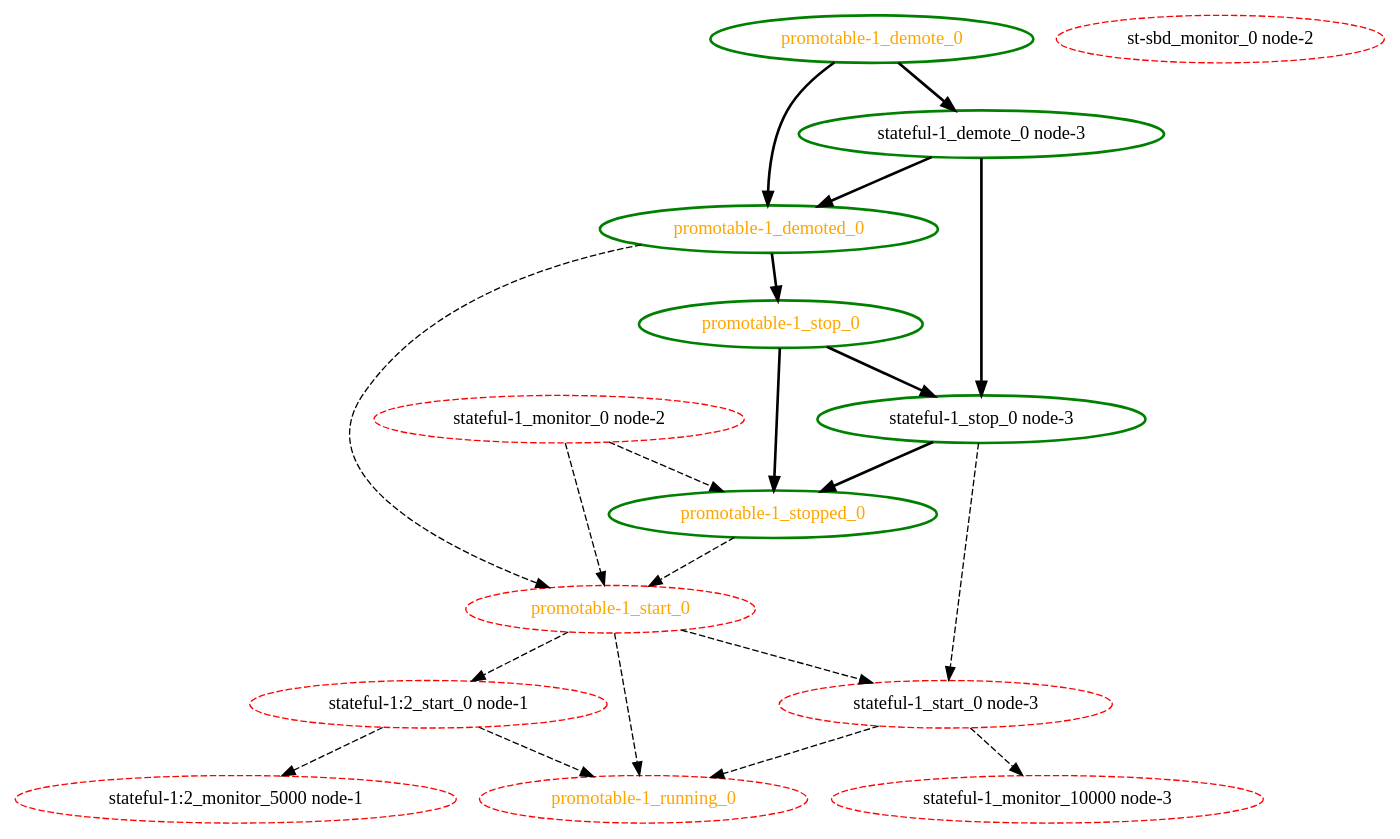
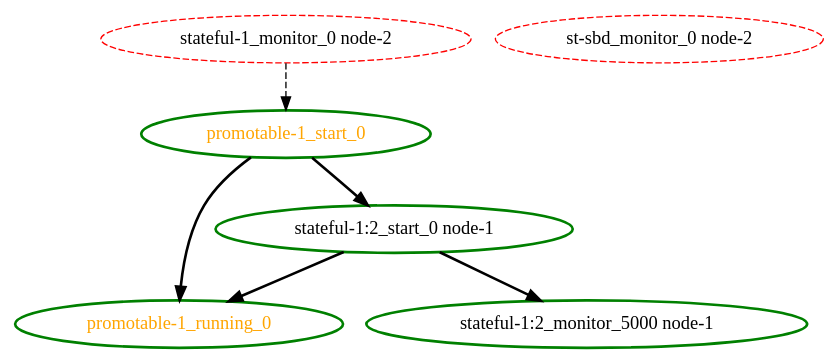
Before and after one commit to ClusterLabs/pacemaker: the diagram in cts/scheduler/dot/leftover-pending-monitor.dot, drawn with Graphviz. The commit also changed 2 other files, not shown here.

Commit message:
Test: cts-scheduler: update test for preventing a leftover pending monitor from causing unexpected stop of other instances

```diff
--- a/cts/scheduler/dot/leftover-pending-monitor.dot
+++ b/cts/scheduler/dot/leftover-pending-monitor.dot
@@ -1,36 +1,13 @@
  digraph "g" {
-"promotable-1_demote_0" -> "promotable-1_demoted_0" [ style = bold]
-"promotable-1_demote_0" -> "stateful-1_demote_0 node-3" [ style = bold]
-"promotable-1_demote_0" [ style=bold color="green" fontcolor="orange"]
-"promotable-1_demoted_0" -> "promotable-1_start_0" [ style = dashed]
-"promotable-1_demoted_0" -> "promotable-1_stop_0" [ style = bold]
-"promotable-1_demoted_0" [ style=bold color="green" fontcolor="orange"]
-"promotable-1_running_0" [ style=dashed color="red" fontcolor="orange"]
-"promotable-1_start_0" -> "promotable-1_running_0" [ style = dashed]
-"promotable-1_start_0" -> "stateful-1:2_start_0 node-1" [ style = dashed]
-"promotable-1_start_0" -> "stateful-1_start_0 node-3" [ style = dashed]
-"promotable-1_start_0" [ style=dashed color="red" fontcolor="orange"]
-"promotable-1_stop_0" -> "promotable-1_stopped_0" [ style = bold]
-"promotable-1_stop_0" -> "stateful-1_stop_0 node-3" [ style = bold]
-"promotable-1_stop_0" [ style=bold color="green" fontcolor="orange"]
-"promotable-1_stopped_0" -> "promotable-1_start_0" [ style = dashed]
-"promotable-1_stopped_0" [ style=bold color="green" fontcolor="orange"]
+"promotable-1_running_0" [ style=bold color="green" fontcolor="orange"]
+"promotable-1_start_0" -> "promotable-1_running_0" [ style = bold]
+"promotable-1_start_0" -> "stateful-1:2_start_0 node-1" [ style = bold]
+"promotable-1_start_0" [ style=bold color="green" fontcolor="orange"]
 "st-sbd_monitor_0 node-2" [ style=dashed color="red" fontcolor="black"]
-"stateful-1:2_monitor_5000 node-1" [ style=dashed color="red" fontcolor="black"]
-"stateful-1:2_start_0 node-1" -> "promotable-1_running_0" [ style = dashed]
-"stateful-1:2_start_0 node-1" -> "stateful-1:2_monitor_5000 node-1" [ style = dashed]
-"stateful-1:2_start_0 node-1" [ style=dashed color="red" fontcolor="black"]
-"stateful-1_demote_0 node-3" -> "promotable-1_demoted_0" [ style = bold]
-"stateful-1_demote_0 node-3" -> "stateful-1_stop_0 node-3" [ style = bold]
-"stateful-1_demote_0 node-3" [ style=bold color="green" fontcolor="black"]
+"stateful-1:2_monitor_5000 node-1" [ style=bold color="green" fontcolor="black"]
+"stateful-1:2_start_0 node-1" -> "promotable-1_running_0" [ style = bold]
+"stateful-1:2_start_0 node-1" -> "stateful-1:2_monitor_5000 node-1" [ style = bold]
+"stateful-1:2_start_0 node-1" [ style=bold color="green" fontcolor="black"]
 "stateful-1_monitor_0 node-2" -> "promotable-1_start_0" [ style = dashed]
-"stateful-1_monitor_0 node-2" -> "promotable-1_stopped_0" [ style = dashed]
 "stateful-1_monitor_0 node-2" [ style=dashed color="red" fontcolor="black"]
-"stateful-1_monitor_10000 node-3" [ style=dashed color="red" fontcolor="black"]
-"stateful-1_start_0 node-3" -> "promotable-1_running_0" [ style = dashed]
-"stateful-1_start_0 node-3" -> "stateful-1_monitor_10000 node-3" [ style = dashed]
-"stateful-1_start_0 node-3" [ style=dashed color="red" fontcolor="black"]
-"stateful-1_stop_0 node-3" -> "promotable-1_stopped_0" [ style = bold]
-"stateful-1_stop_0 node-3" -> "stateful-1_start_0 node-3" [ style = dashed]
-"stateful-1_stop_0 node-3" [ style=bold color="green" fontcolor="black"]
 }
```
